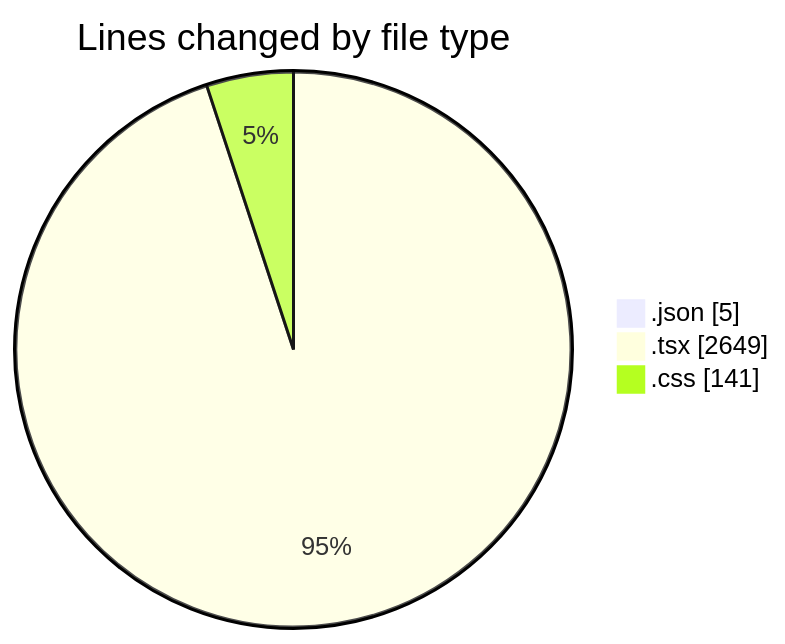
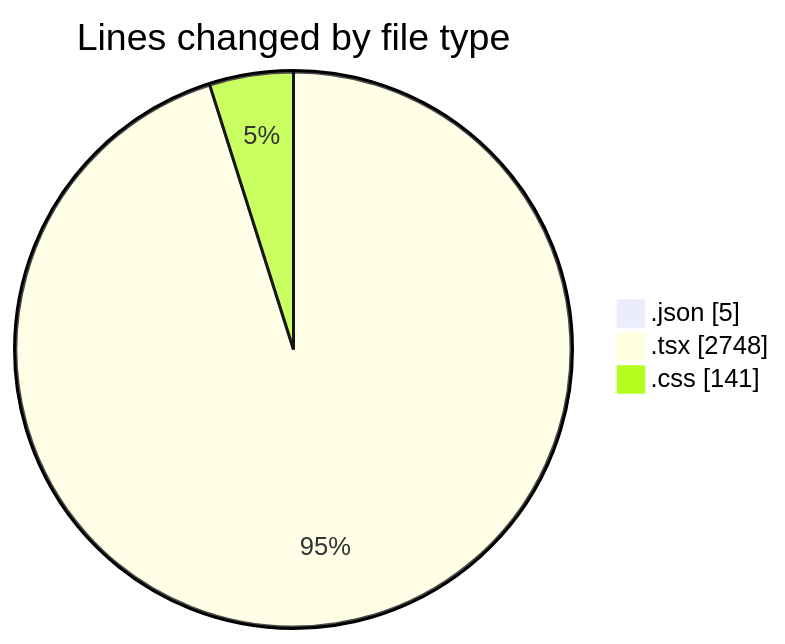
One commit to Elitesun/code-tracking changed the first of 2 diagrams in 2025-05-29/advertise/README.md. Above: the diagram before and after it, drawn with Mermaid. The commit also changed other lines of this file and 1 other file, not shown here.

````diff
--- a/2025-05-29/advertise/README.md
+++ b/2025-05-29/advertise/README.md
@@ -27,7 +27,7 @@
 ```mermaid
 pie showData
 title Lines changed by file type
 ".json" : 5
-".tsx" : 2649
+".tsx" : 2748
 ".css" : 141
 ```
````
